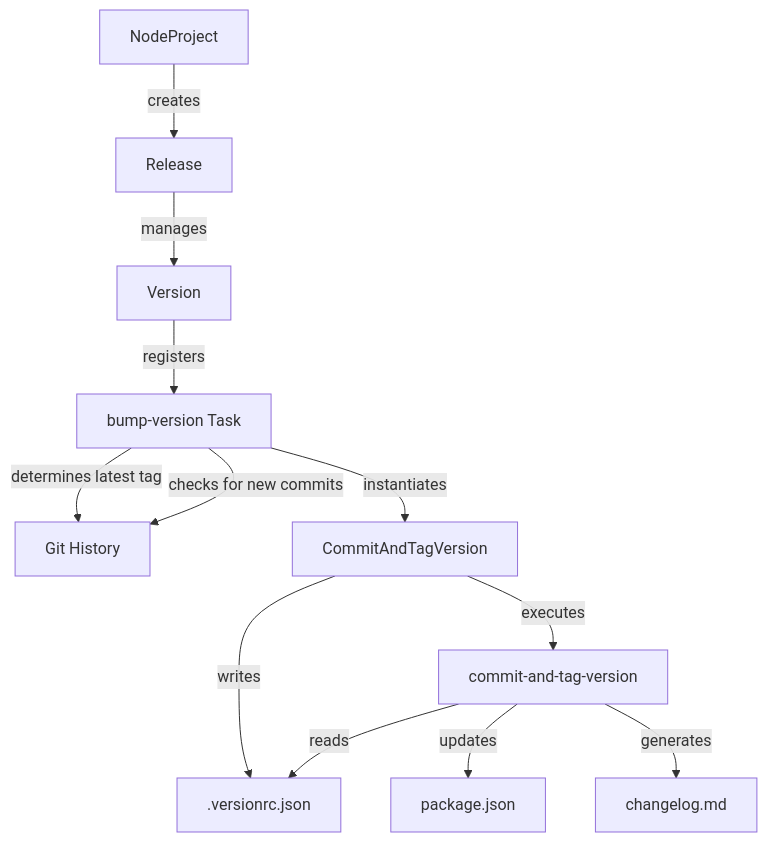
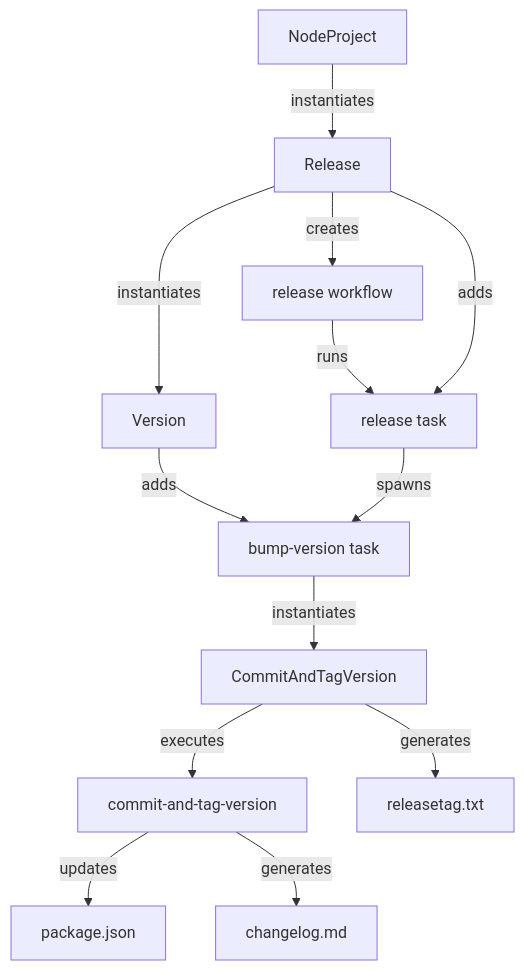
Before and after one commit to projen/projen: the diagram in rfcs/poetry-release-automation.md, drawn with Mermaid. The commit also changed other lines of this file, not shown here.

First line of the commit message:
feat(rfcs): refine Poetry release automation RFC with improved flow and clarity

````diff
--- a/rfcs/poetry-release-automation.md
+++ b/rfcs/poetry-release-automation.md
@@ -62,14 +62,15 @@
 ```mermaid
 flowchart TD
-    A[NodeProject] -->|creates| B[Release]
-    B -->|manages| C[Version]
-    C -->|registers| D[bump-version Task]
-    D -->|determines latest tag| G[Git History]
-    D -->|checks for new commits| G
+    A[NodeProject] -->|instantiates| B[Release]
+    B -->|creates| W[release workflow]
+    B -->|instantiates| C[Version]
+    C -->|adds| D[bump-version task]
+    W -->|runs| E[release task]
+    B -->|adds| E
+    E -->|spawns| D
     D -->|instantiates| H[CommitAndTagVersion]
-    H -->|writes| I[.versionrc.json]
     H -->|executes| J[commit-and-tag-version]
-    J -->|reads| I
     J -->|updates| K[package.json]
     J -->|generates| L[changelog.md]
+    H -->|generates| M[releasetag.txt]
 ```
````
